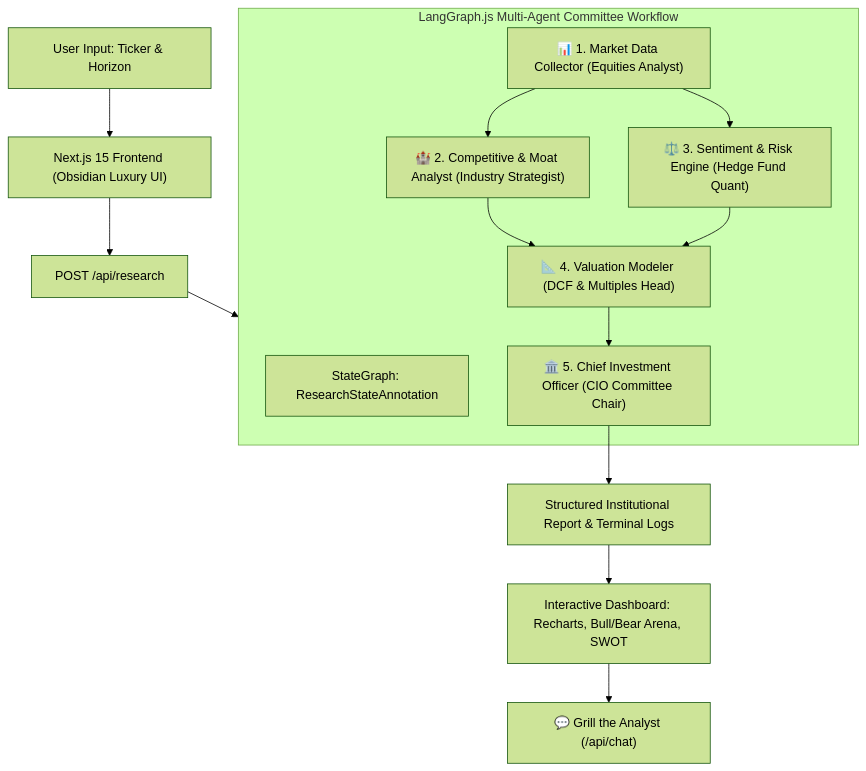
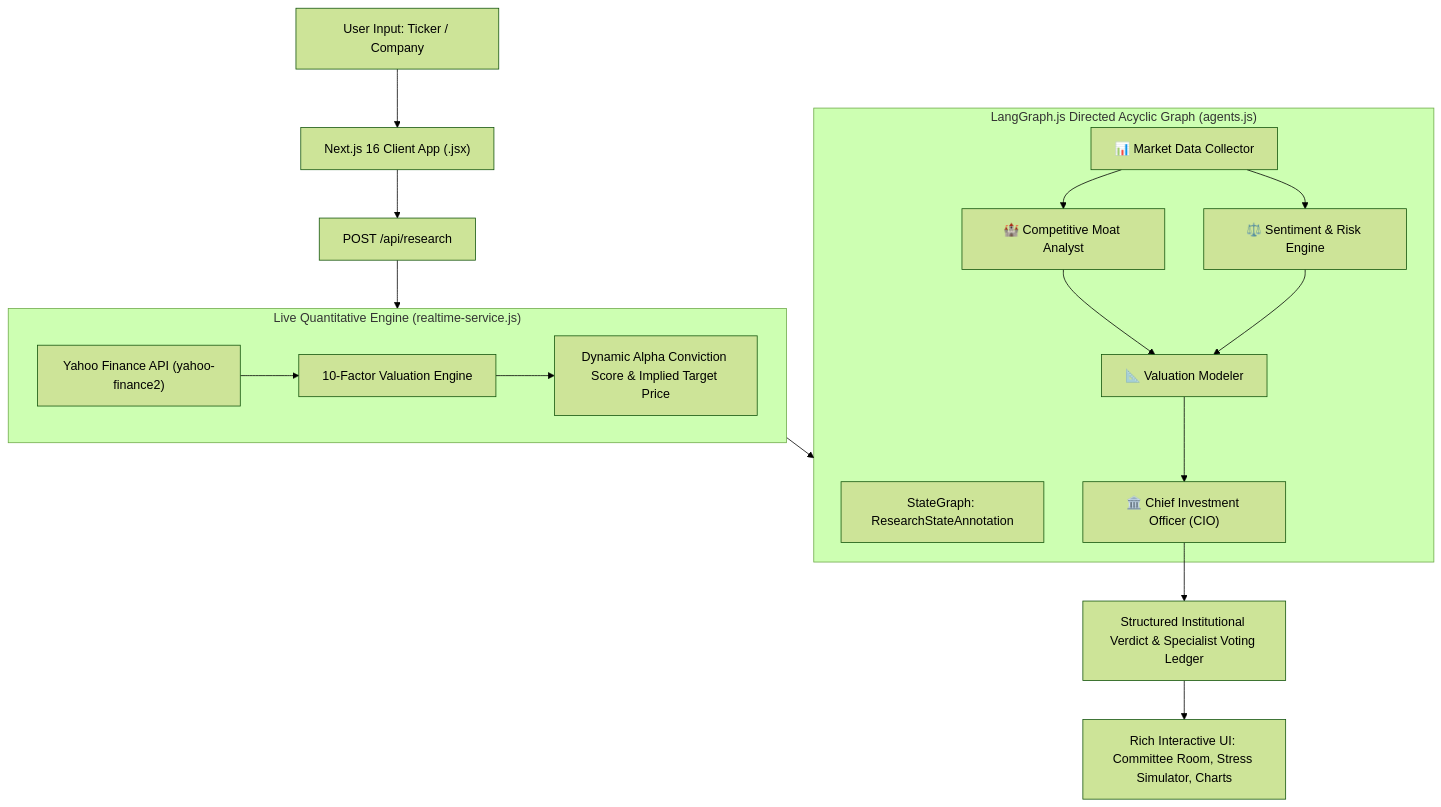
The diagram in README.md (Puneesh150605/InsideIIM), drawn with Mermaid (forest theme) before and after one commit. The commit also changed other lines of this file and 1 other file, not shown here.

Commit message:
docs: update comprehensive README.md and AI_BUILD_TRANSCRIPT.md with all mandated sections and bonus LLM pair-programming logs

````diff
--- a/README.md
+++ b/README.md
@@ -13,19 +78,24 @@
 ```mermaid
 graph TD
-    User["User Input: Ticker & Horizon"] --> UI["Next.js 15 Frontend (Obsidian Luxury UI)"]
+    User["User Input: Ticker / Company"] --> UI["Next.js 16 Client App (.jsx)"]
     UI --> API["POST /api/research"]
     
-    subgraph LangGraph ["LangGraph.js Multi-Agent Committee Workflow"]
-        State["StateGraph: ResearchStateAnnotation"]
-        Node1["📊 1. Market Data Collector (Equities Analyst)"] --> Node2["🏰 2. Competitive & Moat Analyst (Industry Strategist)"]
-        Node1 --> Node3["⚖️ 3. Sentiment & Risk Engine (Hedge Fund Quant)"]
-        Node2 --> Node4["📐 4. Valuation Modeler (DCF & Multiples Head)"]
-        Node3 --> Node4
-        Node4 --> Node5["🏛️ 5. Chief Investment Officer (CIO Committee Chair)"]
+    subgraph QuantEngine ["Live Quantitative Engine (realtime-service.js)"]
+        Yahoo["Yahoo Finance API (yahoo-finance2)"] --> Metrics["10-Factor Valuation Engine"]
+        Metrics --> Conviction["Dynamic Alpha Conviction Score & Implied Target Price"]
     end
     
-    API --> LangGraph
-    Node5 --> Output["Structured Institutional Report & Terminal Logs"]
-    Output --> Dashboard["Interactive Dashboard: Recharts, Bull/Bear Arena, SWOT"]
-    Dashboard --> Chat["💬 Grill the Analyst (/api/chat)"]
+    subgraph LangGraph ["LangGraph.js Directed Acyclic Graph (agents.js)"]
+        State["StateGraph: ResearchStateAnnotation"]
+        Node1["📊 Market Data Collector"] --> Node2["🏰 Competitive Moat Analyst"]
+        Node1 --> Node3["⚖️ Sentiment & Risk Engine"]
+        Node2 --> Node4["📐 Valuation Modeler"]
+        Node3 --> Node4
+        Node4 --> Node5["🏛️ Chief Investment Officer (CIO)"]
+    end
+    
+    API --> QuantEngine
+    QuantEngine --> LangGraph
+    Node5 --> Output["Structured Institutional Verdict & Specialist Voting Ledger"]
+    Output --> Dashboard["Rich Interactive UI: Committee Room, Stress Simulator, Charts"]
 ```
````
